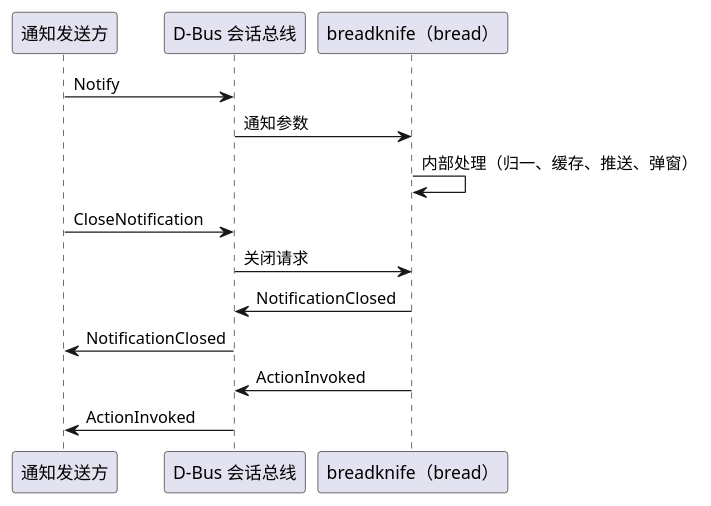
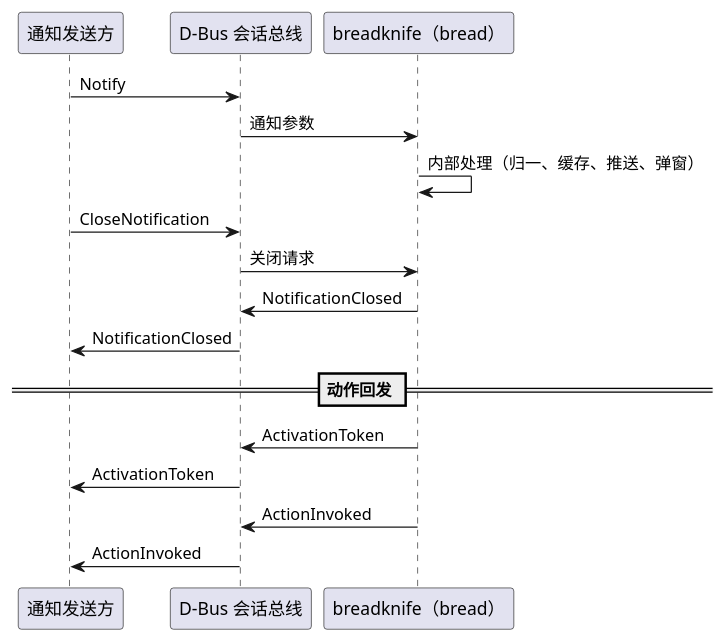
The diagram in diagram/breadknife-notification.puml (54m43lJ/BreadKnife), drawn with PlantUML before and after one commit. The commit also changed 9 other files, not shown here.

```diff
--- a/diagram/breadknife-notification.puml
+++ b/diagram/breadknife-notification.puml
@@ -1,15 +1,18 @@
 @startuml breadknife-notification
 participant "通知发送方" as app
 participant "D-Bus 会话总线" as bus
 participant "breadknife（bread）" as bread
 
 app -> bus: Notify
 bus -> bread: 通知参数
 bread -> bread: 内部处理（归一、缓存、推送、弹窗）
 app -> bus: CloseNotification
 bus -> bread: 关闭请求
 bread -> bus: NotificationClosed
 bus -> app: NotificationClosed
+== 动作回发 ==
+bread -> bus: ActivationToken
+bus -> app: ActivationToken
 bread -> bus: ActionInvoked
 bus -> app: ActionInvoked
 @enduml
```
